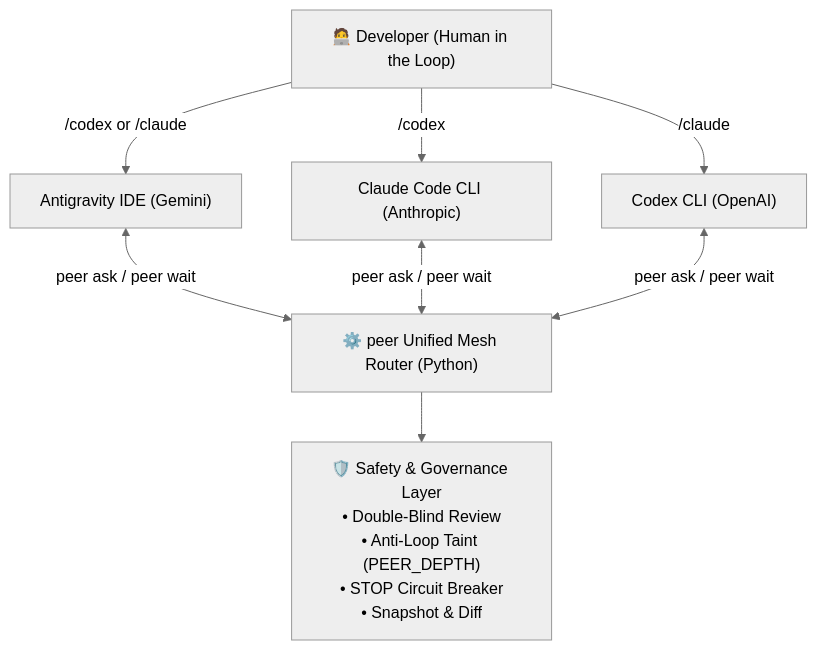
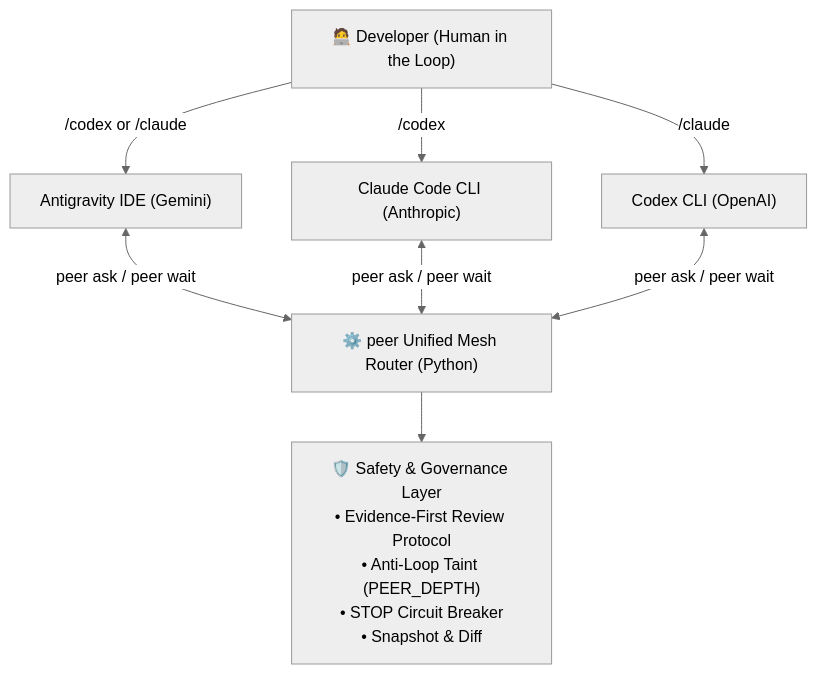
One commit to puck-muling/peer-agent changed the diagram in README.md. Above: the diagram before and after it, drawn with Mermaid (neutral theme). The commit also changed other lines of this file and 3 other files, not shown here.

````diff
--- a/README.md
+++ b/README.md
@@ -37,12 +135,12 @@
 ```mermaid
 graph TD
     User["🧑‍💻 Developer (Human in the Loop)"] -->|"/codex or /claude"| AG["Antigravity IDE (Gemini)"]
     User -->|"/codex"| CC["Claude Code CLI (Anthropic)"]
     User -->|"/claude"| CX["Codex CLI (OpenAI)"]
 
     AG <-->|peer ask / peer wait| Router["⚙️ peer Unified Mesh Router (Python)"]
     CC <-->|peer ask / peer wait| Router
     CX <-->|peer ask / peer wait| Router
 
-    Router --> Sandbox["🛡️ Safety & Governance Layer\n• Double-Blind Review\n• Anti-Loop Taint (PEER_DEPTH)\n• STOP Circuit Breaker\n• Snapshot & Diff"]
+    Router --> Sandbox["🛡️ Safety & Governance Layer\n• Evidence-First Review Protocol\n• Anti-Loop Taint (PEER_DEPTH)\n• STOP Circuit Breaker\n• Snapshot & Diff"]
 ```
````
